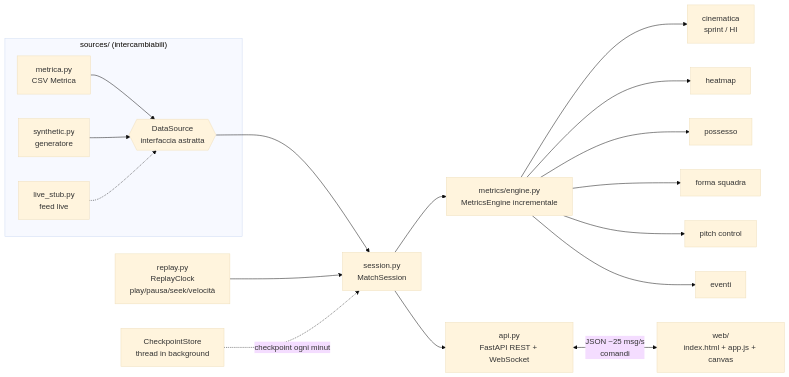
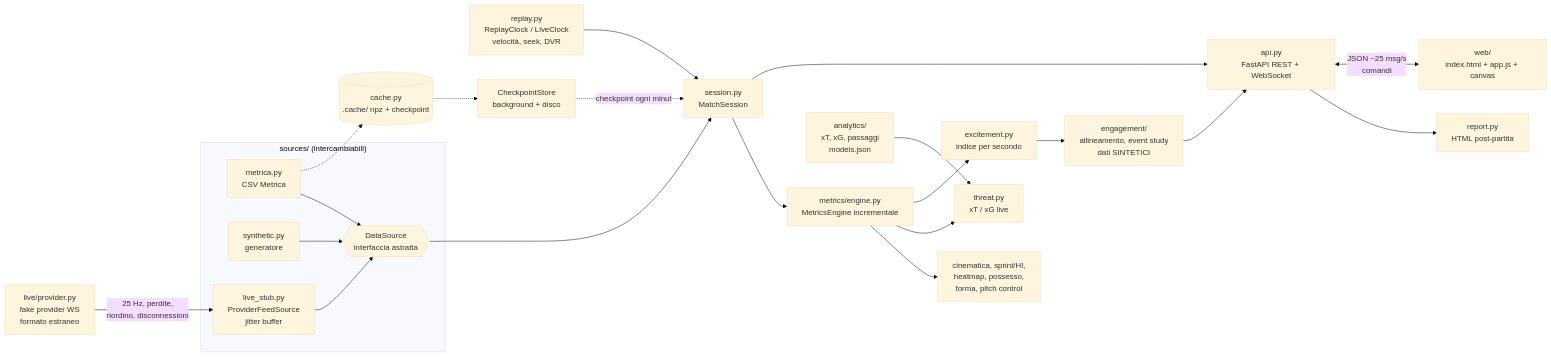
Before and after one commit to Lupo433/live-match-tracking: the diagram in README.md, drawn with Mermaid (base theme). The commit also changed other lines of this file and 7 other files, not shown here.

First line of the commit message:
docs: refresh README (features, architecture, tests), roadmap and demo media with marketing view

````diff
--- a/README.md
+++ b/README.md
@@ -83,21 +110,25 @@
 ```mermaid
 flowchart LR
     subgraph Sorgenti["sources/ (intercambiabili)"]
         M[metrica.py<br/>CSV Metrica] --> DS
         S[synthetic.py<br/>generatore] --> DS
-        L[live_stub.py<br/>feed live] -.-> DS
+        L[live_stub.py<br/>ProviderFeedSource<br/>jitter buffer] --> DS
         DS{{DataSource<br/>interfaccia astratta}}
     end
+    FP[live/provider.py<br/>fake provider WS<br/>formato estraneo] -->|25 Hz, perdite,<br/>riordino, disconnessioni| L
+    M -.-> CA[(cache.py<br/>.cache/ npz + checkpoint)]
     DS --> SES[session.py<br/>MatchSession]
-    RC[replay.py<br/>ReplayClock<br/>play/pausa/seek/velocità] --> SES
+    RC[replay.py<br/>ReplayClock / LiveClock<br/>velocità, seek, DVR] --> SES
     SES --> ENG[metrics/engine.py<br/>MetricsEngine incrementale]
-    ENG --> K[cinematica<br/>sprint / HI]
-    ENG --> H[heatmap]
-    ENG --> P[possesso]
-    ENG --> SH[forma squadra]
-    ENG --> PC[pitch control]
-    ENG --> EV[eventi]
-    CK[CheckpointStore<br/>thread in background] -.checkpoint ogni minuto.-> SES
+    ENG --> K[cinematica, sprint/HI,<br/>heatmap, possesso,<br/>forma, pitch control]
+    ENG --> TH[threat.py<br/>xT / xG live]
+    ENG --> EX[excitement.py<br/>indice per secondo]
+    AN[analytics/<br/>xT, xG, passaggi<br/>models.json] --> TH
+    CK[CheckpointStore<br/>background + disco] -.checkpoint ogni minuto.-> SES
+    CA -.-> CK
     SES --> API[api.py<br/>FastAPI REST + WebSocket]
+    EX --> MK[engagement/<br/>allineamento, event study<br/>dati SINTETICI]
+    MK --> API
+    API --> REP[report.py<br/>HTML post-partita]
     API <-->|JSON ~25 msg/s<br/>comandi| WEB[web/<br/>index.html + app.js + canvas]
 ```
````
